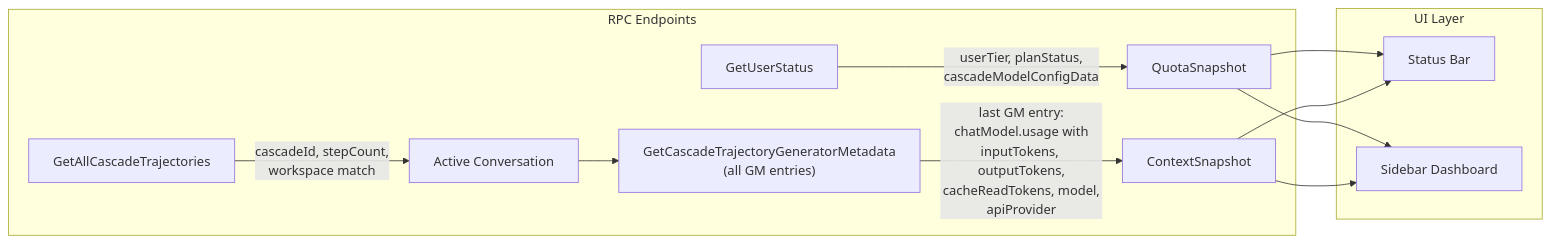
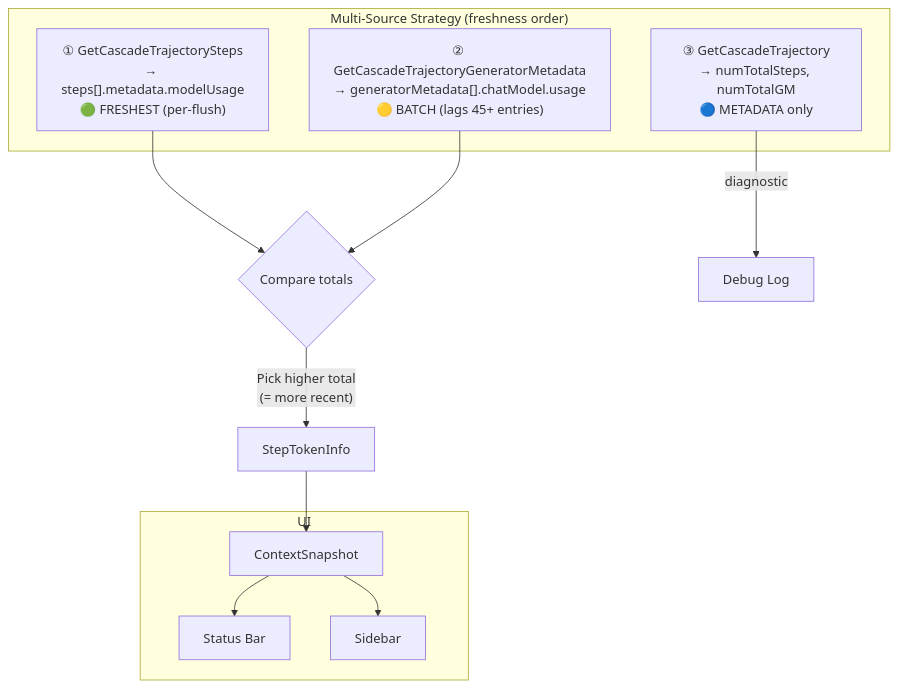
One commit to jetnet/ag-engineer changed the second of 3 diagrams in ARCHITECTURE.md. Above: the diagram before and after it, drawn with Mermaid. The commit also changed other lines of this file and 4 other files, not shown here.

First line of the commit message:
v0.3.0: multi-source token tracking, multi-LS discovery

````diff
--- a/ARCHITECTURE.md
+++ b/ARCHITECTURE.md
@@ -62,16 +64,19 @@
 ```mermaid
-flowchart LR
-    subgraph RPC Endpoints
-        A["GetUserStatus"] -->|userTier, planStatus,<br/>cascadeModelConfigData| B[QuotaSnapshot]
-        C["GetAllCascadeTrajectories"] -->|cascadeId, stepCount,<br/>workspace match| D[Active Conversation]
-        D --> E["GetCascadeTrajectoryGeneratorMetadata<br/>(all GM entries)"]
-        E -->|"last GM entry:<br/>chatModel.usage with<br/>inputTokens, outputTokens,<br/>cacheReadTokens, model,<br/>apiProvider"| F[ContextSnapshot]
+flowchart TD
+    subgraph "Multi-Source Strategy (freshness order)"
+        S1["① GetCascadeTrajectorySteps<br/>→ steps[].metadata.modelUsage<br/>🟢 FRESHEST (per-flush)"]
+        S2["② GetCascadeTrajectoryGeneratorMetadata<br/>→ generatorMetadata[].chatModel.usage<br/>🟡 BATCH (lags 45+ entries)"]
+        S3["③ GetCascadeTrajectory<br/>→ numTotalSteps, numTotalGM<br/>🔵 METADATA only"]
     end
 
-    subgraph UI Layer
-        B --> G[Status Bar]
-        B --> H[Sidebar Dashboard]
-        F --> G
-        F --> H
+    S1 --> CMP{Compare totals}
+    S2 --> CMP
+    S3 -->|diagnostic| LOG[Debug Log]
+    CMP -->|"Pick higher total<br/>(= more recent)"| RESULT[StepTokenInfo]
+    RESULT --> SNAP[ContextSnapshot]
+
+    subgraph UI
+        SNAP --> SB[Status Bar]
+        SNAP --> SIDE[Sidebar]
     end
 ```
````
